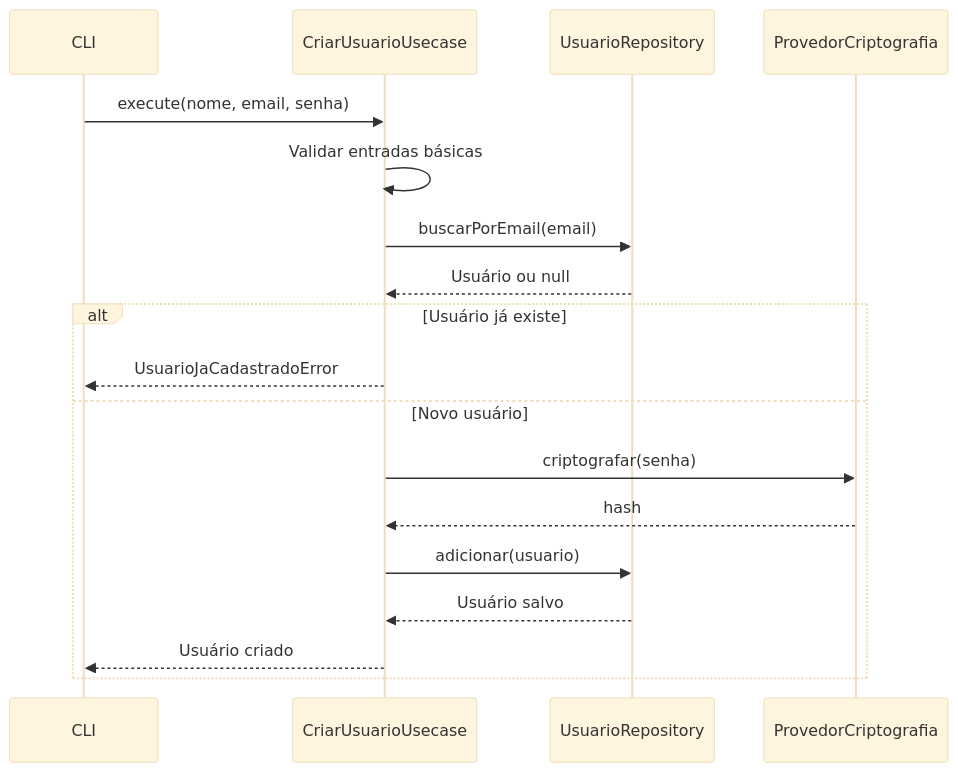
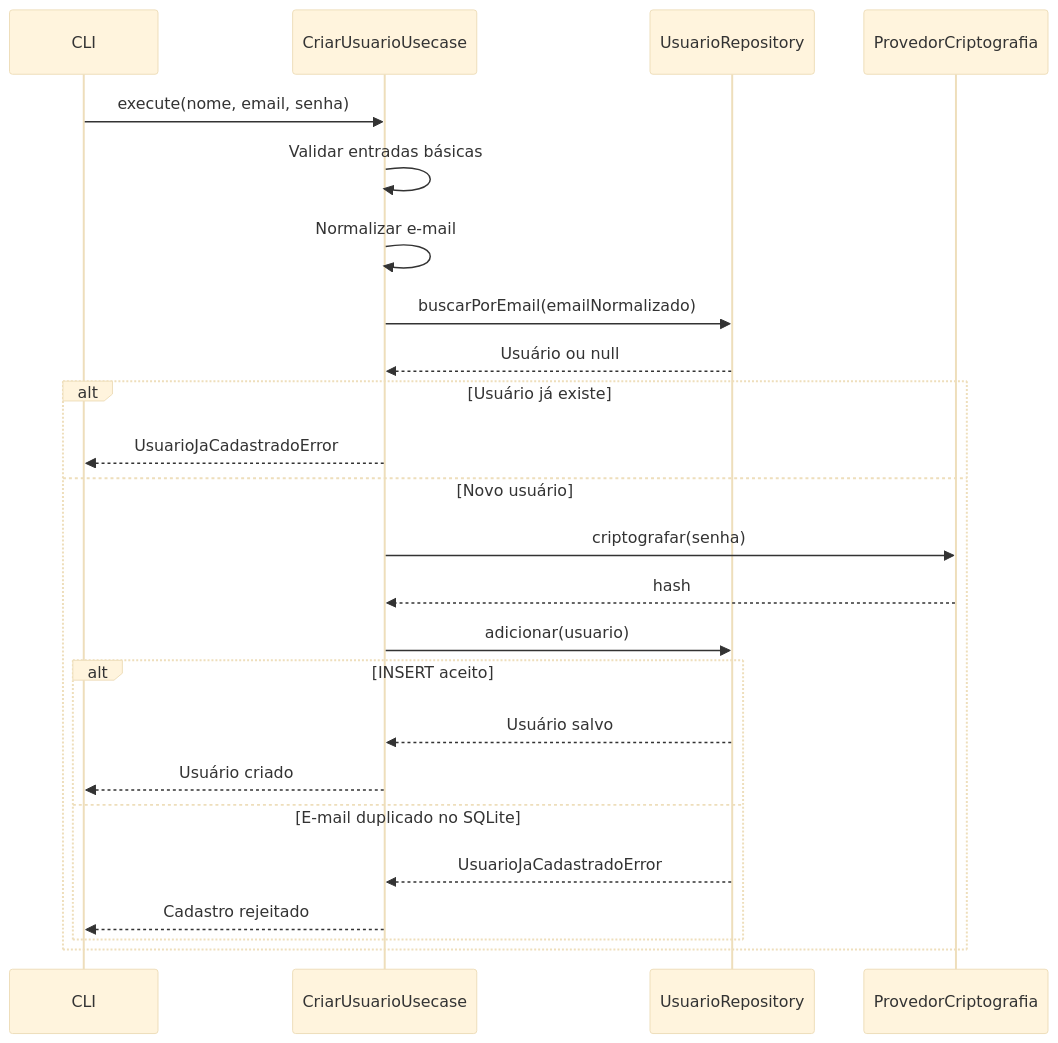
The second of 2 diagrams in README.md (danmaciel/arquitetura_hexagonal), drawn with Mermaid (base theme) before and after one commit. The commit also changed other lines of this file, not shown here.

````diff
--- a/README.md
+++ b/README.md
@@ -91,20 +92,26 @@
 ```mermaid
 sequenceDiagram
     participant CLI as CLI
     participant UC as CriarUsuarioUsecase
     participant REPO as UsuarioRepository
     participant CRYPTO as ProvedorCriptografia
     CLI->>UC: execute(nome, email, senha)
     UC->>UC: Validar entradas básicas
-    UC->>REPO: buscarPorEmail(email)
+    UC->>UC: Normalizar e-mail
+    UC->>REPO: buscarPorEmail(emailNormalizado)
     REPO-->>UC: Usuário ou null
     alt Usuário já existe
         UC-->>CLI: UsuarioJaCadastradoError
     else Novo usuário
         UC->>CRYPTO: criptografar(senha)
         CRYPTO-->>UC: hash
         UC->>REPO: adicionar(usuario)
-        REPO-->>UC: Usuário salvo
-        UC-->>CLI: Usuário criado
+        alt INSERT aceito
+            REPO-->>UC: Usuário salvo
+            UC-->>CLI: Usuário criado
+        else E-mail duplicado no SQLite
+            REPO-->>UC: UsuarioJaCadastradoError
+            UC-->>CLI: Cadastro rejeitado
+        end
     end
 ```
````
